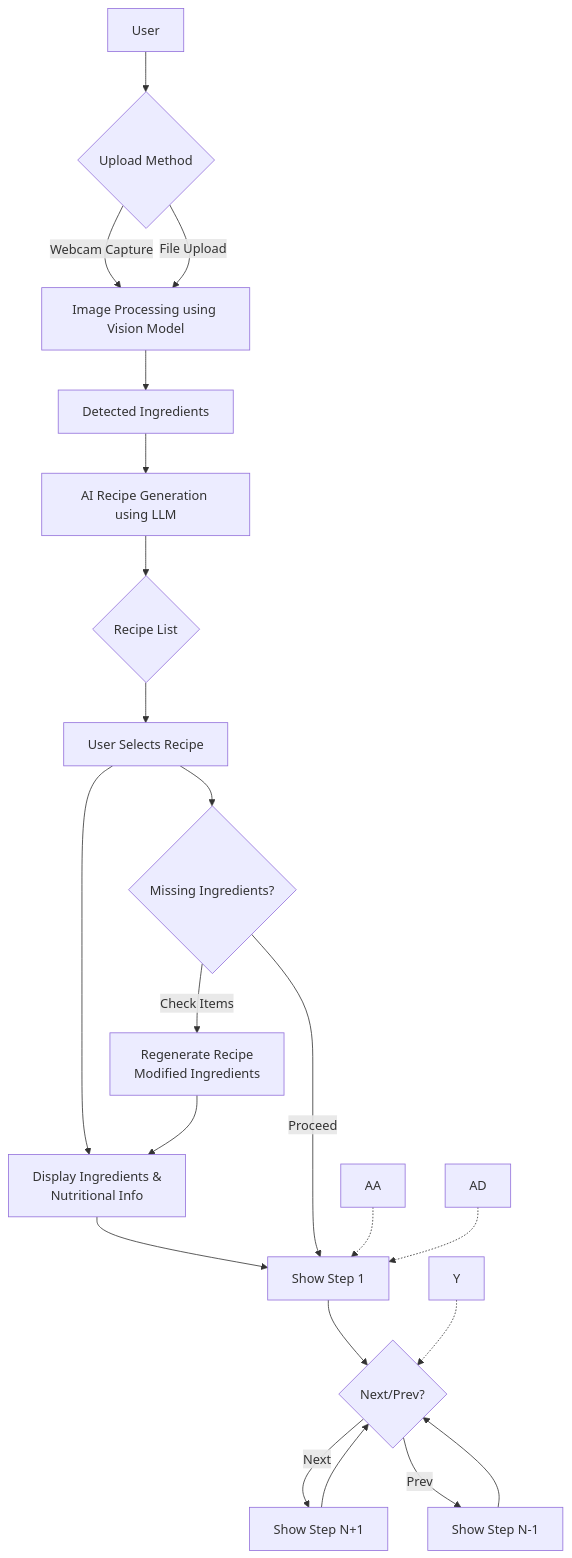
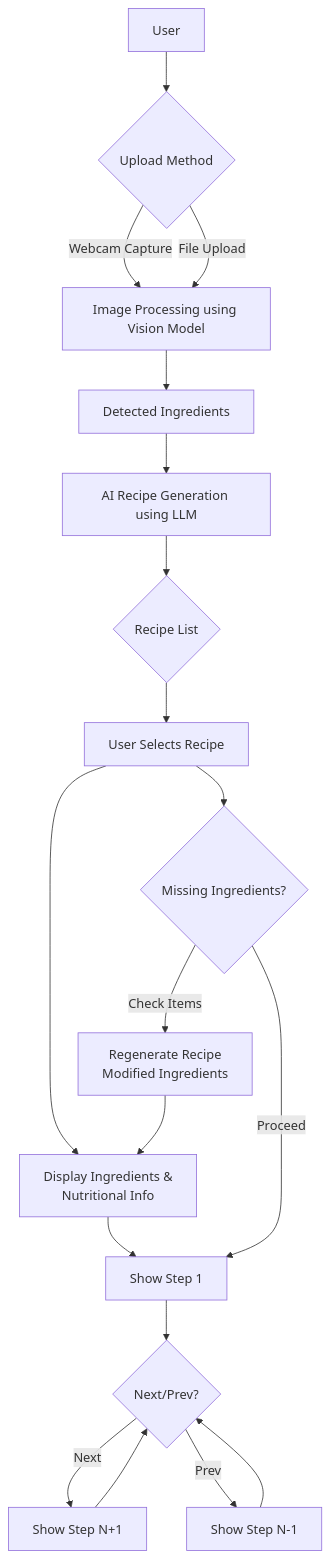
One commit to Feininon/Detect-N-Dine changed the diagram in README.md. Above: the diagram before and after it, drawn with Mermaid.

Commit message:
Update yeah README.md

````diff
--- a/README.md
+++ b/README.md
@@ -201,27 +201,24 @@
 ```mermaid
 flowchart TD
     A[User] --> B{Upload Method}
     B -->|Webcam Capture| D[Image Processing using Vision Model]
     B -->|File Upload| D
     D --> E[Detected Ingredients]
     E --> F[AI Recipe Generation using LLM]
     F --> G{Recipe List}
     G --> H[User Selects Recipe]
     H --> I[Display Ingredients &
  Nutritional Info]
     I --> J[Show Step 1]
     J --> K{Next/Prev?}
     K -->|Next| L[Show Step N+1]
     K -->|Prev| M[Show Step N-1]
     L --> K
     M --> K
     H --> N{Missing Ingredients?}
     N -->|Check Items| O[Regenerate Recipe
  Modified Ingredients]
     O --> I
     N -->|Proceed| J    
-    Y -.-> K
-    AA -.-> J
-    AD -.-> J
-
+   
 ```
````
